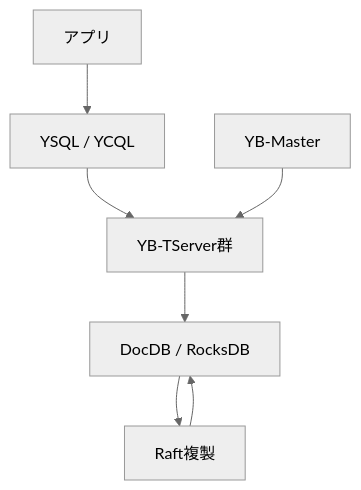
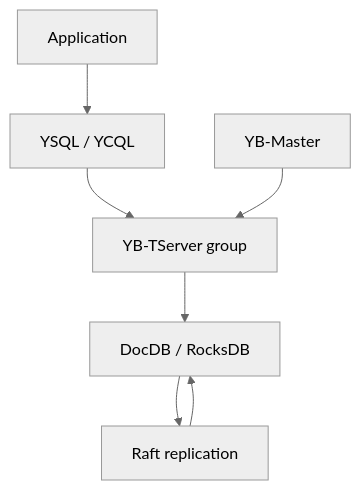
Before and after one commit to daylight55/research: the second of 3 diagrams in content/blog/en/newsql-yugabyte-brief.mdx, drawn with Mermaid (neutral theme). The commit also changed other lines of this file and 26 other files, not shown here.

Commit message:
Translate English Mermaid labels

````diff
--- a/content/blog/en/newsql-yugabyte-brief.mdx
+++ b/content/blog/en/newsql-yugabyte-brief.mdx
@@ -77,9 +77,9 @@
 ```mermaid
 flowchart TB
-  App["アプリ"] --> API["YSQL / YCQL"]
-  API --> TS["YB-TServer群"]
+  App["Application"] --> API["YSQL / YCQL"]
+  API --> TS["YB-TServer group"]
   Master["YB-Master"] --> TS
   TS --> Doc["DocDB / RocksDB"]
-  Doc --> Raft["Raft複製"]
+  Doc --> Raft["Raft replication"]
   Raft --> Doc
 ```
````
